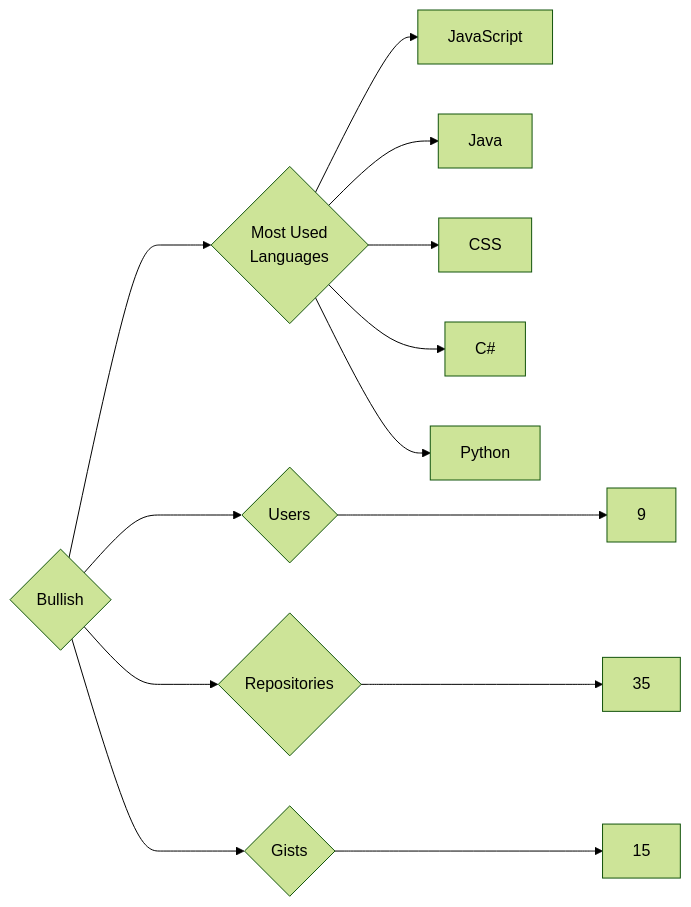
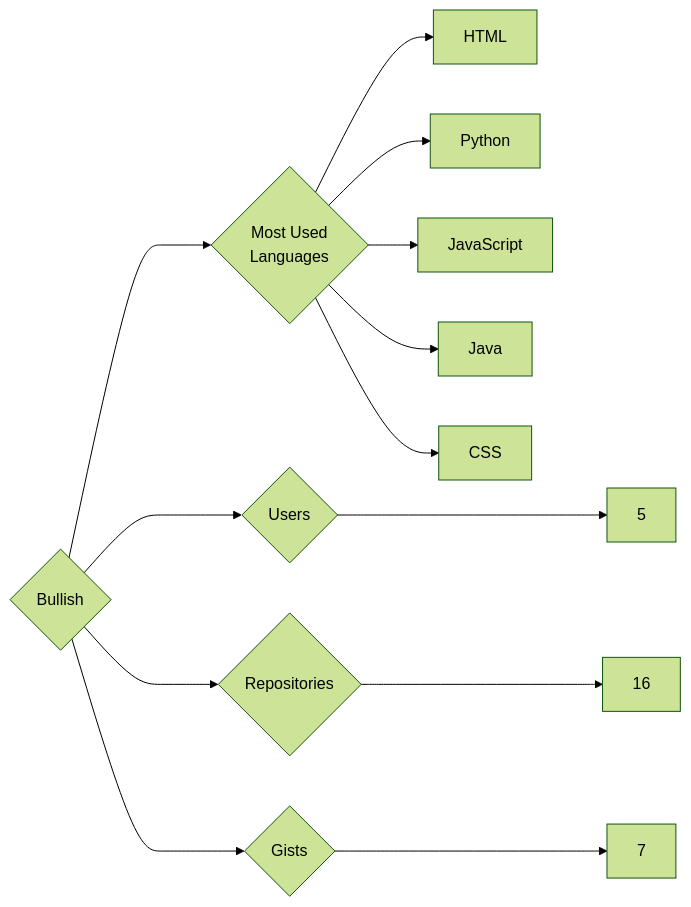
One commit to trickest/insiders changed the diagram in targets/Bullish/README.md. Above: the diagram before and after it, drawn with Mermaid (forest theme). The commit also changed 723 other files, not shown here.

````diff
--- a/targets/Bullish/README.md
+++ b/targets/Bullish/README.md
@@ -3,13 +3,13 @@
 ```mermaid
 graph LR
 COMPANY_NAME{Bullish}
-COMPANY_NAME ---> U{Users} ---> UN[9]
-COMPANY_NAME ---> R{Repositories} ---> RN[35]
-COMPANY_NAME ---> G{Gists} ---> GN[15]
+COMPANY_NAME ---> U{Users} ---> UN[5]
+COMPANY_NAME ---> R{Repositories} ---> RN[16]
+COMPANY_NAME ---> G{Gists} ---> GN[7]
 COMPANY_NAME ---> ML{Most Used<br>Languages}
+ML --> HTML[HTML]
+ML --> Python[Python]
 ML --> JavaScript[JavaScript]
 ML --> Java[Java]
 ML --> CSS[CSS]
-ML --> C#[C#]
-ML --> Python[Python]
 ```
````
